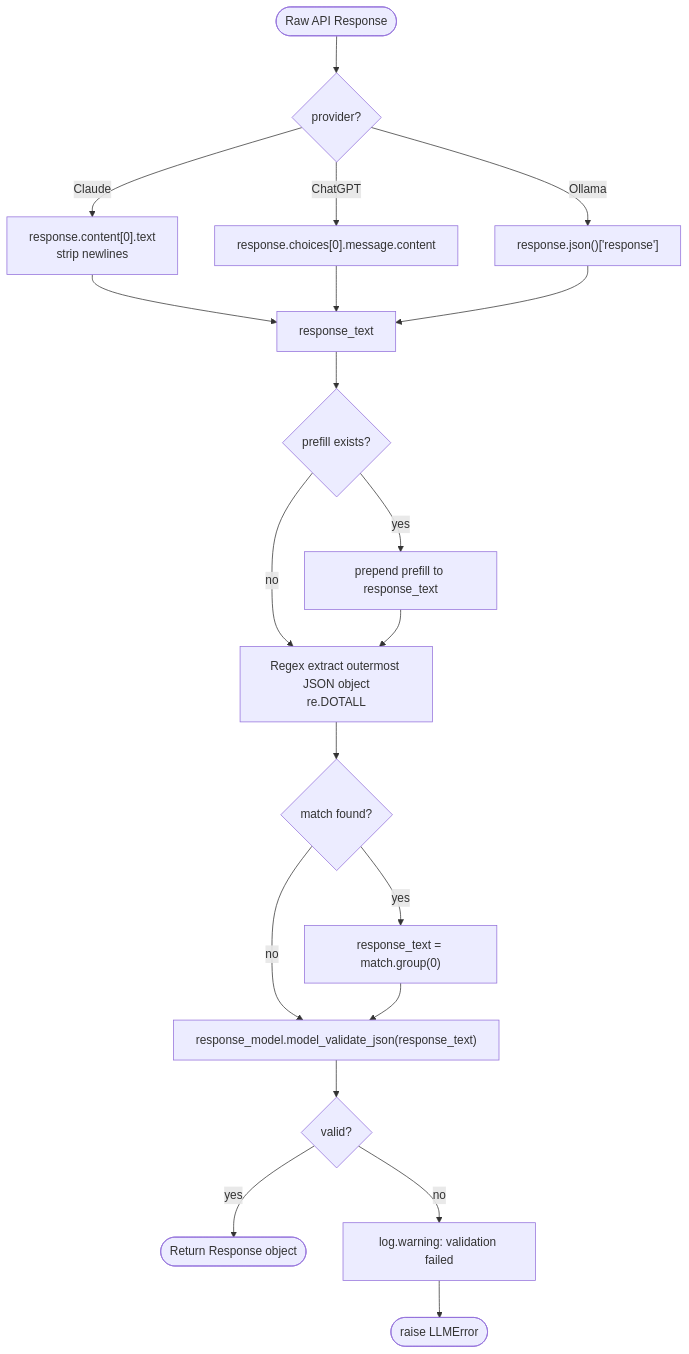
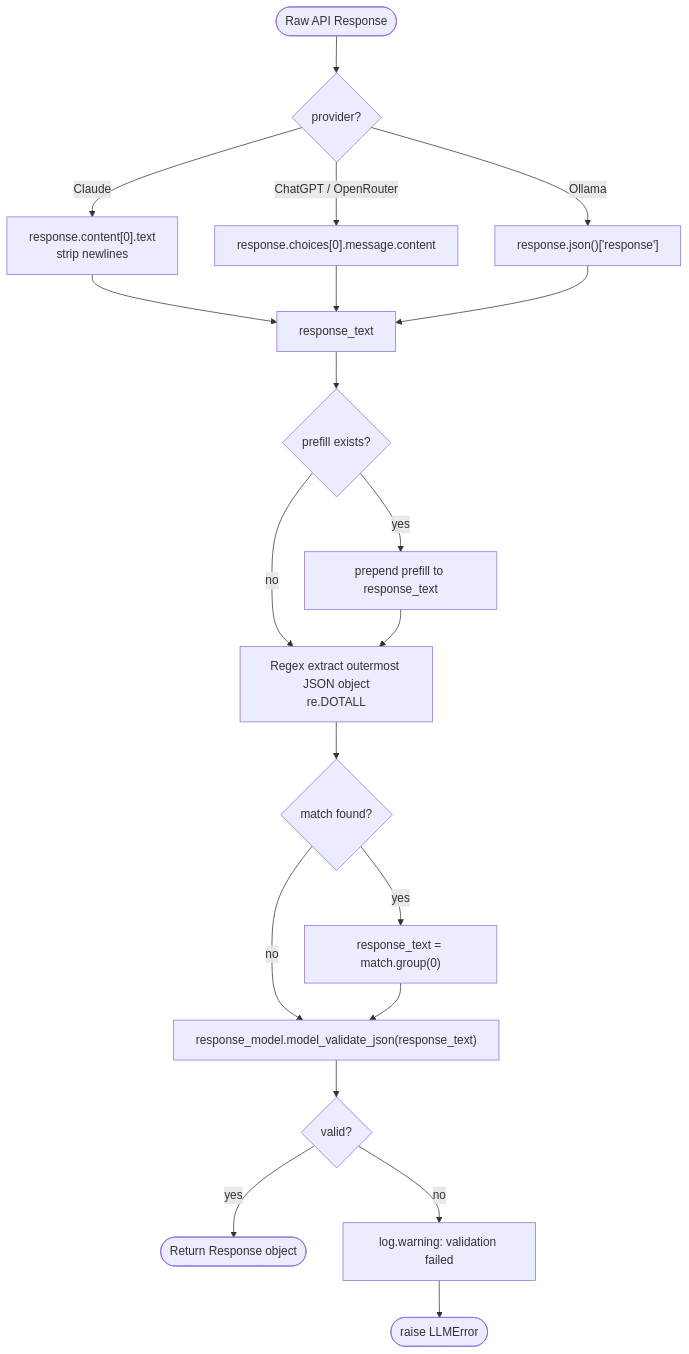
The fourth of 5 diagrams in docs/architecture/diagrams.md (diaz3618/vulnhuntr), drawn with Mermaid before and after one commit. The commit also changed other lines of this file and 4 other files, not shown here.

Commit message:
Update provider lists and architecture documentation for v1.0

````diff
--- a/docs/architecture/diagrams.md
+++ b/docs/architecture/diagrams.md
@@ -102,22 +102,22 @@
 ```mermaid
 flowchart TD
     RAW([Raw API Response]) --> PROV{provider?}
     PROV -->|Claude| CLAUD["response.content[0].text\nstrip newlines"]
-    PROV -->|ChatGPT| CGPT["response.choices[0].message.content"]
+    PROV -->|ChatGPT / OpenRouter| CGPT["response.choices[0].message.content"]
     PROV -->|Ollama| OLMA["response.json()['response']"]
     CLAUD --> RTEXT[response_text]
     CGPT --> RTEXT
     OLMA --> RTEXT
     RTEXT --> PF{prefill exists?}
     PF -->|yes| PREP[prepend prefill to response_text]
     PF -->|no| RSTRIP
     PREP --> RSTRIP["Regex extract outermost JSON object\nre.DOTALL"]
     RSTRIP --> RMATCH{match found?}
     RMATCH -->|yes| USEM["response_text = match.group(0)"]
     RMATCH -->|no| PYDVAL
     USEM --> PYDVAL["response_model.model_validate_json(response_text)"]
     PYDVAL --> VALID{valid?}
     VALID -->|yes| OK([Return Response object])
     VALID -->|no| LOGW[log.warning: validation failed]
     LOGW --> ERR([raise LLMError])
 ```
````
